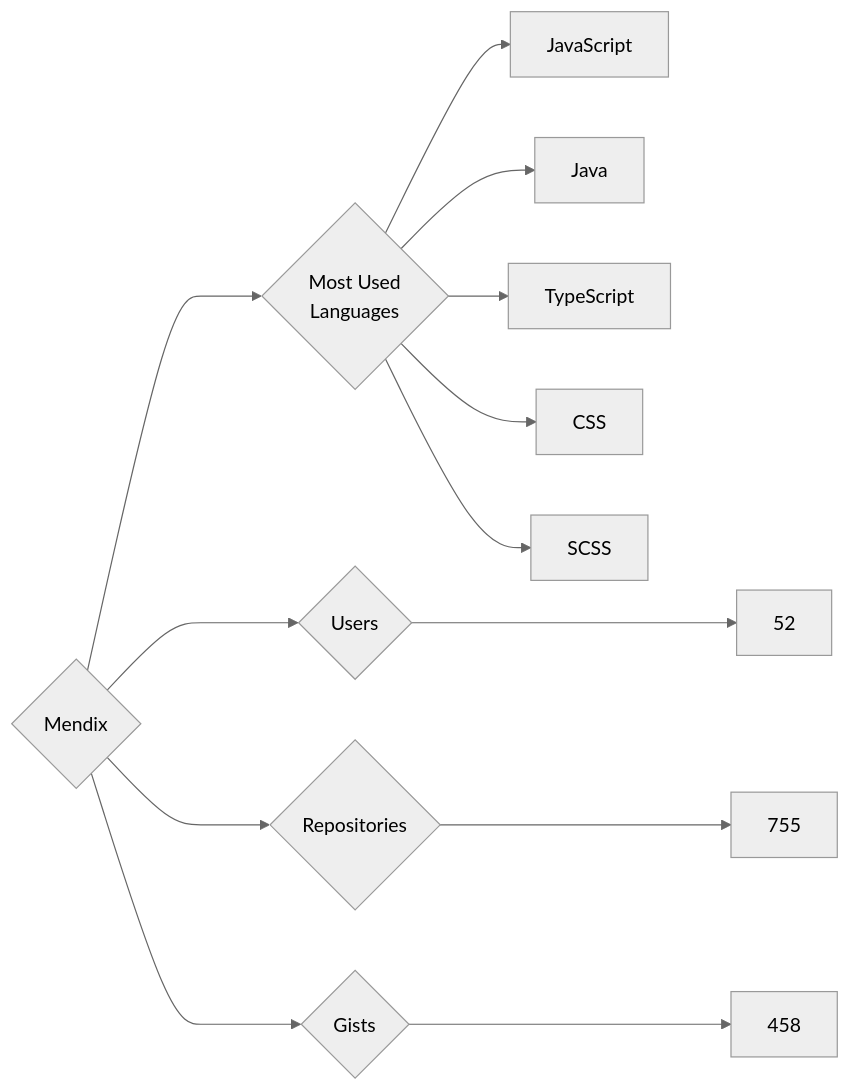
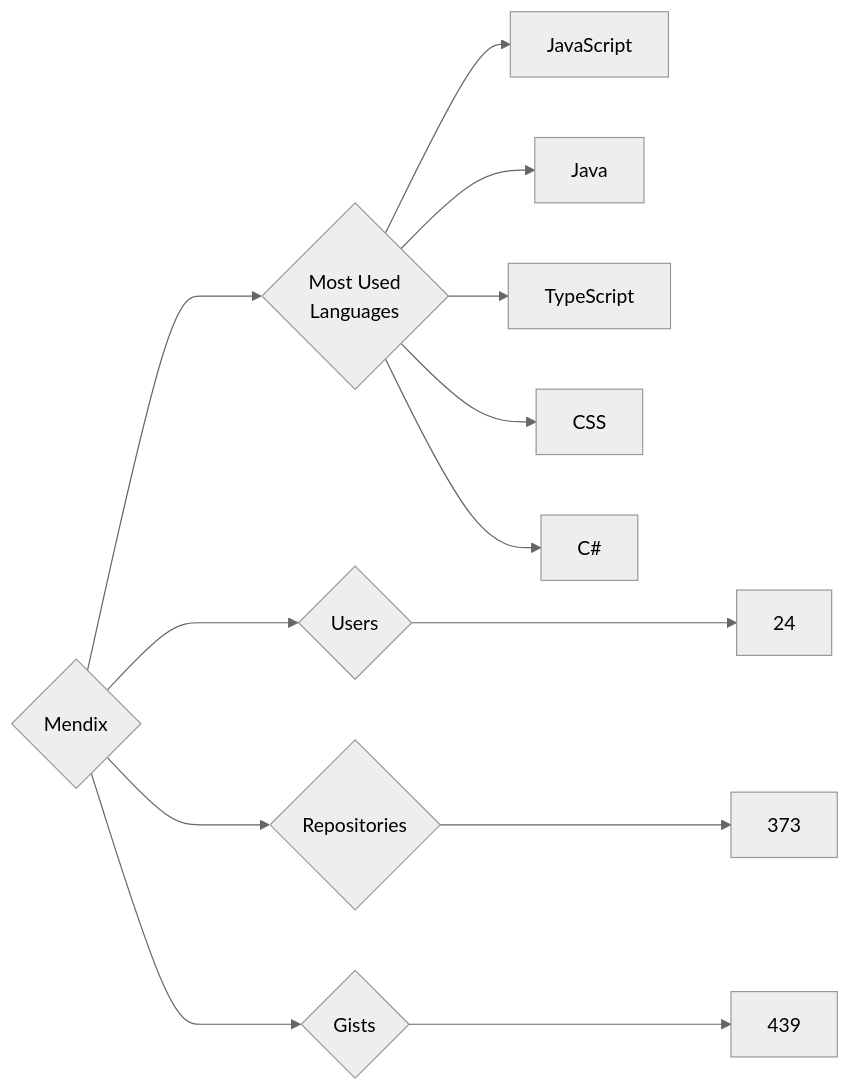
Before and after one commit to trickest/insiders: the diagram in targets/Mendix/README.md, drawn with Mermaid (neutral theme). The commit also changed 920 other files, not shown here.

````diff
--- a/targets/Mendix/README.md
+++ b/targets/Mendix/README.md
@@ -3,13 +3,13 @@
 ```mermaid
 graph LR
 COMPANY_NAME{Mendix}
-COMPANY_NAME ---> U{Users} ---> UN[52]
-COMPANY_NAME ---> R{Repositories} ---> RN[755]
-COMPANY_NAME ---> G{Gists} ---> GN[458]
+COMPANY_NAME ---> U{Users} ---> UN[24]
+COMPANY_NAME ---> R{Repositories} ---> RN[373]
+COMPANY_NAME ---> G{Gists} ---> GN[439]
 COMPANY_NAME ---> ML{Most Used<br>Languages}
 ML --> JavaScript[JavaScript]
 ML --> Java[Java]
 ML --> TypeScript[TypeScript]
 ML --> CSS[CSS]
-ML --> SCSS[SCSS]
+ML --> C#[C#]
 ```
````
